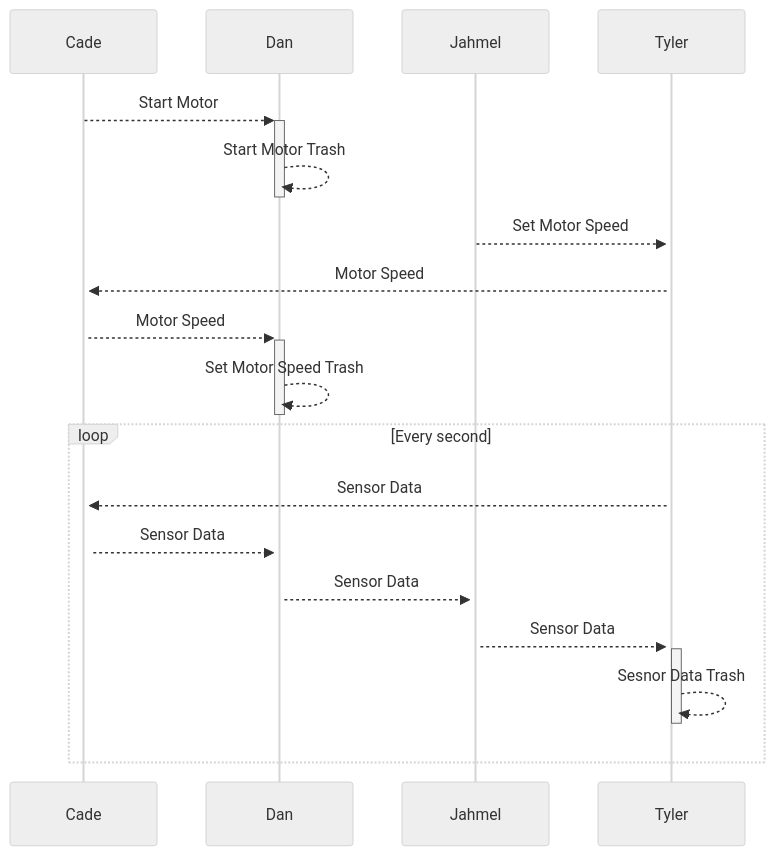
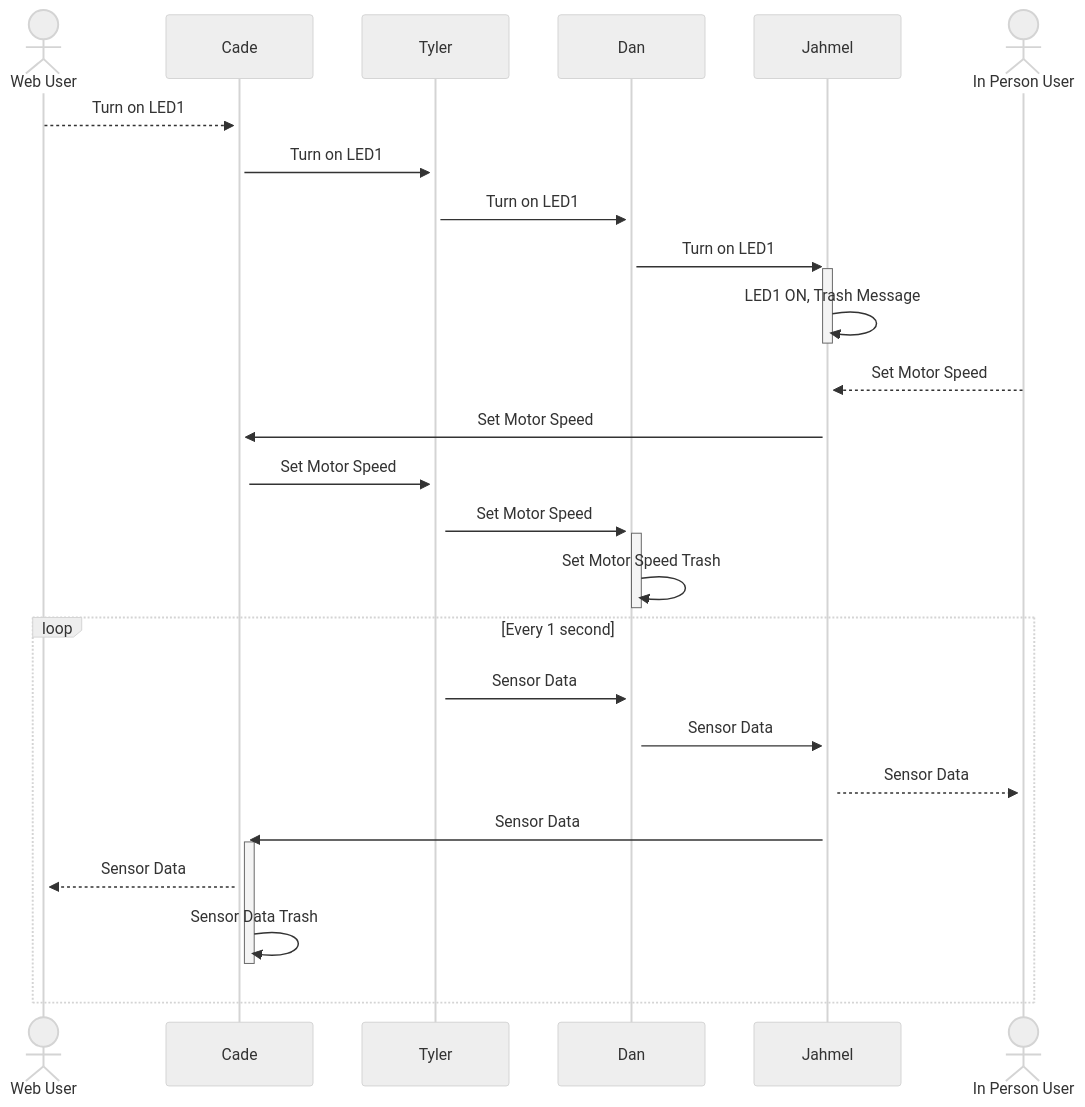
The diagram in docs/charts/index.md (EGR314-2025-S-303/EGR314-2025-S-303), drawn with Mermaid (neutral theme) before and after one commit.

Commit message:
Update index.md
Changed Sequence Diagram

````diff
--- a/docs/charts/index.md
+++ b/docs/charts/index.md
@@ -9,16 +9,23 @@
 ``` mermaid
 sequenceDiagram
-    Cade-->>+Dan: Start Motor
-    Dan-->>-Dan: Start Motor Trash 
-    Jahmel-->>+Tyler: Set Motor Speed
-    Tyler-->>+Cade: Motor Speed
-    Cade-->>+Dan: Motor Speed
-    Dan-->>-Dan: Set Motor Speed Trash
-    loop Every second
-    Tyler-->>+Cade: Sensor Data
-    Cade-->>+Dan: Sensor Data
-    Dan-->>+Jahmel: Sensor Data
-    Jahmel-->>+Tyler: Sensor Data
-    Tyler-->>-Tyler: Sesnor Data Trash
+    actor Web User
+    Web User-->>+Cade: Turn on LED1
+    Cade->>+Tyler: Turn on LED1
+    Tyler->>+Dan: Turn on LED1
+    Dan->>+Jahmel: Turn on LED1
+    Jahmel->>-Jahmel: LED1 ON, Trash Message
+    actor In Person User
+    In Person User-->>+Jahmel: Set Motor Speed
+    Jahmel->>+Cade: Set Motor Speed
+    Cade->>+Tyler: Set Motor Speed
+    Tyler->>+Dan: Set Motor Speed
+    Dan->>-Dan: Set Motor Speed Trash
+    loop Every 1 second
+    Tyler->>+Dan: Sensor Data
+    Dan->>+Jahmel: Sensor Data
+    Jahmel-->>+In Person User: Sensor Data
+    Jahmel->>+Cade: Sensor Data
+    Cade-->>+Web User: Sensor Data
+    Cade->>-Cade: Sensor Data Trash
     end
 ```
````
